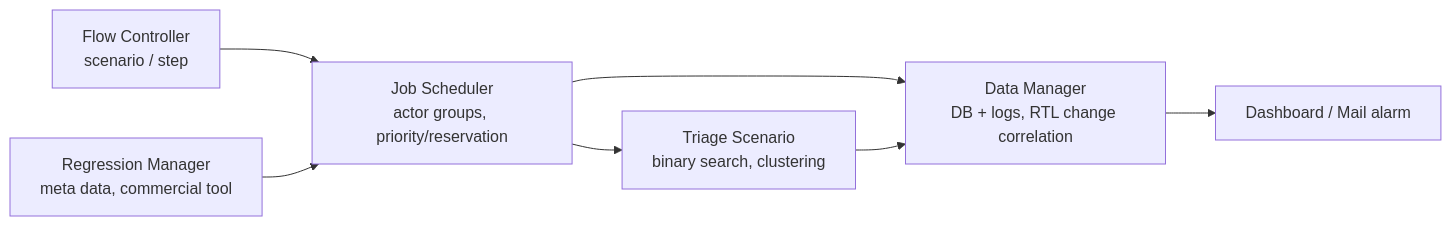
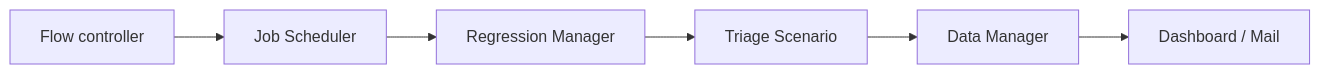
The diagram in docs/papers/ref-20261018-f844-accelerating-soc-verification-using-process-automation-and-i.md (nemo99007/yt-paper), drawn with Mermaid before and after one commit. The commit also changed other lines of this file and 29 other files, not shown here.

````diff
--- a/docs/papers/ref-20261018-f844-accelerating-soc-verification-using-process-automation-and-i.md
+++ b/docs/papers/ref-20261018-f844-accelerating-soc-verification-using-process-automation-and-i.md
@@ -186,9 +186,8 @@
 ```mermaid
 flowchart LR
-    FC[Flow Controller<br/>scenario / step] --> JS[Job Scheduler<br/>actor groups, priority/reservation]
-    RM[Regression Manager<br/>meta data, commercial tool] --> JS
-    JS --> TS[Triage Scenario<br/>binary search, clustering]
-    JS --> DM[Data Manager<br/>DB + logs, RTL change correlation]
-    TS --> DM
-    DM --> DB[Dashboard / Mail alarm]
+  FC[Flow controller] --> JS[Job Scheduler]
+  JS --> RM[Regression Manager]
+  RM --> TS[Triage Scenario]
+  TS --> DM[Data Manager]
+  DM --> DB[Dashboard / Mail]
 ```
````
